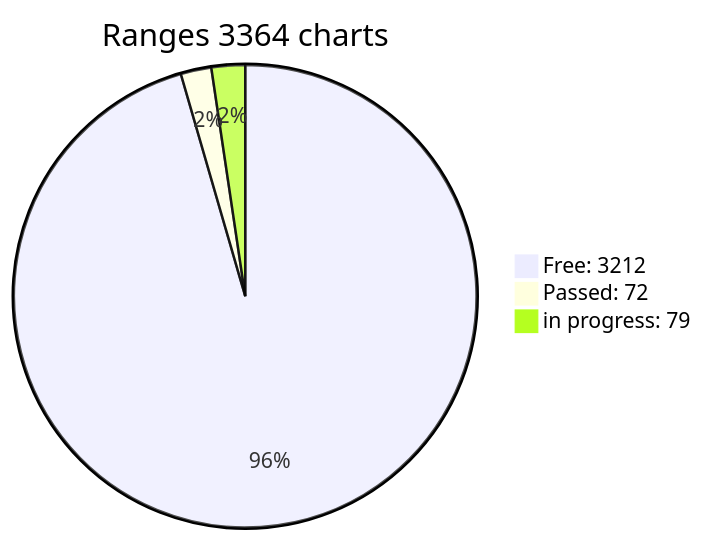
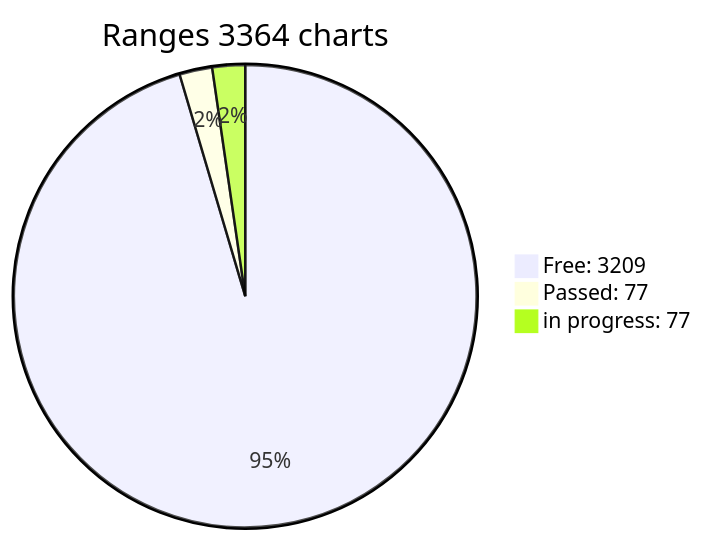
Before and after one commit to phrutis/wif500: the diagram in x64/Release/table.md, drawn with Mermaid. The commit also changed other lines of this file, not shown here.

````diff
--- a/x64/Release/table.md
+++ b/x64/Release/table.md
@@ -3,6 +3,6 @@
 ```mermaid
 pie title Ranges 3364 charts
-"Free: 3212" : 3212
-"Passed: 72" : 72
-"in progress: 79" : 79
+"Free: 3209" : 3209
+"Passed: 77" : 77
+"in progress: 77" : 77
 ``` 
````
